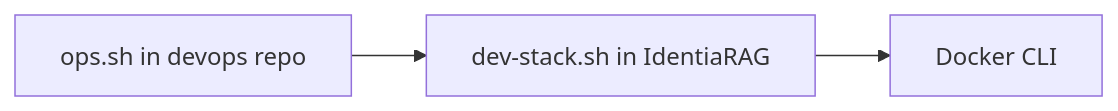
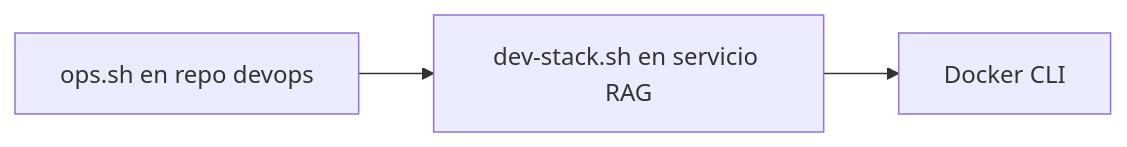
The diagram in docs/as-built/operations-runbook.md (13g4d0/docu-es), drawn with Mermaid before and after one commit. The commit also changed other lines of this file and 38 other files, not shown here.

````diff
--- a/docs/as-built/operations-runbook.md
+++ b/docs/as-built/operations-runbook.md
@@ -16,9 +16,9 @@
 ```mermaid
 flowchart LR
-  ops[ops.sh in devops repo]
-  ds[dev-stack.sh in IdentiaRAG]
+  ops[ops.sh en repo devops]
+  ds[dev-stack.sh en servicio RAG]
   dk[Docker CLI]
 
   ops --> ds
   ds --> dk
 ```
````
